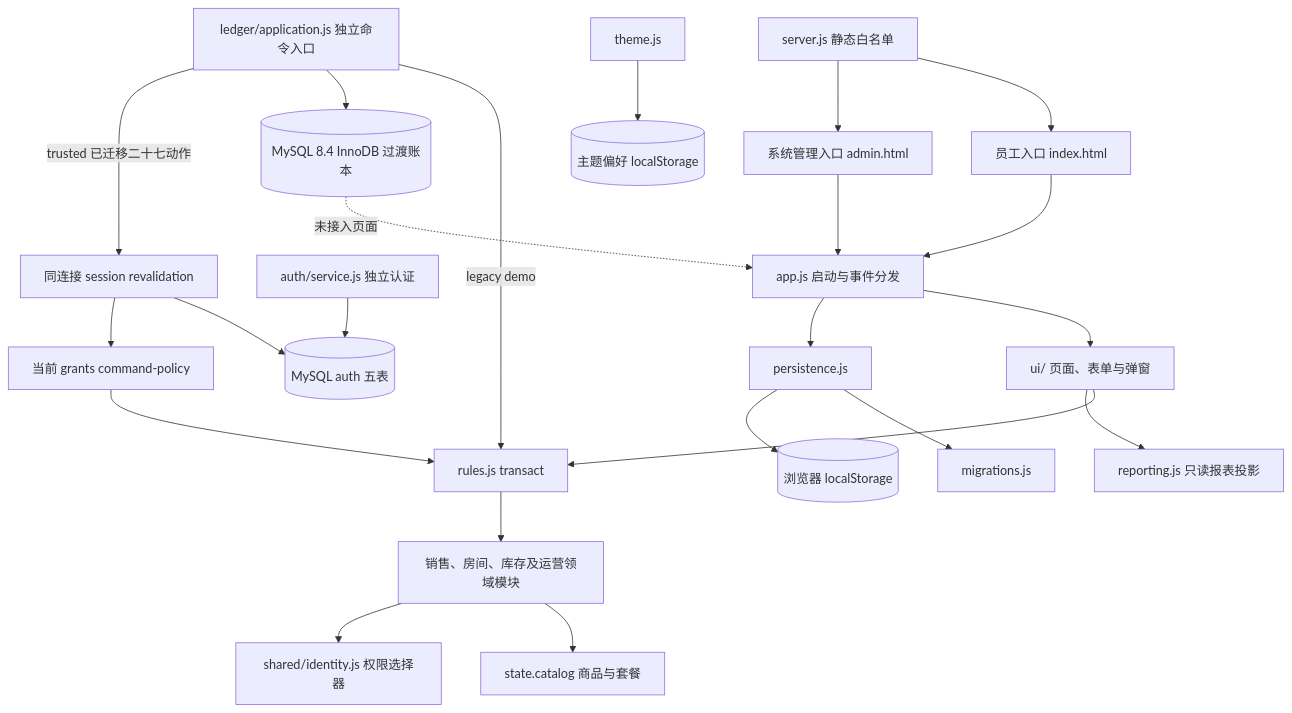
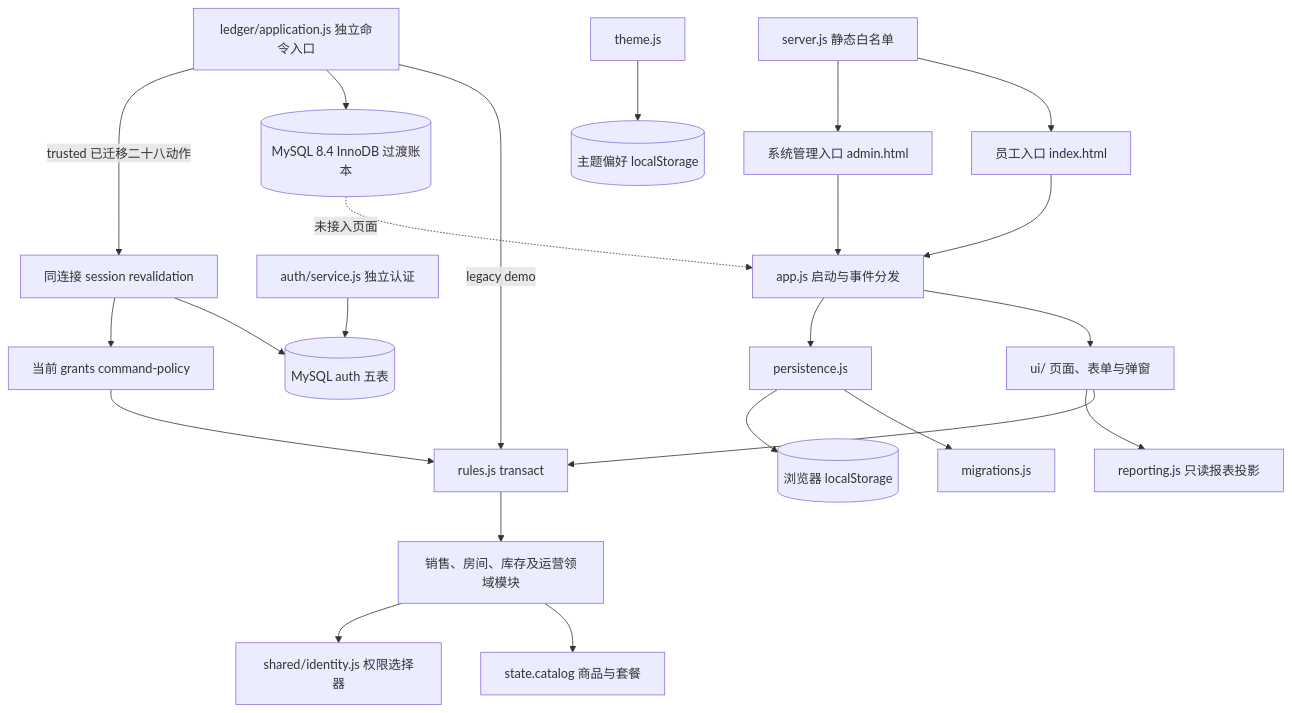
The diagram in docs/ARCHITECTURE.md (Richard-Zhuo/codex-KTV), drawn with Mermaid before and after one commit. The commit also changed other lines of this file and 18 other files, not shown here.

````diff
--- a/docs/ARCHITECTURE.md
+++ b/docs/ARCHITECTURE.md
@@ -7,25 +7,25 @@
 ```mermaid
 flowchart TD
   E[员工入口 index.html] --> APP[app.js 启动与事件分发]
   A[系统管理入口 admin.html] --> APP
   APP --> UI[ui/ 页面、表单与弹窗]
   APP --> P[persistence.js]
   P --> M[migrations.js]
   P --> LS[(浏览器 localStorage)]
   UI --> TX[rules.js transact]
   TX --> D[销售、房间、库存及运营领域模块]
   UI --> REP[reporting.js 只读报表投影]
   D --> C[state.catalog 商品与套餐]
   D --> ID[shared/identity.js 权限选择器]
   T[theme.js] --> PREF[(主题偏好 localStorage)]
   S[server.js 静态白名单] --> E
   S --> A
   L[ledger/application.js 独立命令入口] -->|legacy demo| TX
   L --> DB[(MySQL 8.4 InnoDB 过渡账本)]
   AUTH[auth/service.js 独立认证] --> AUTHDB[(MySQL auth 五表)]
-  L -->|trusted 已迁移二十七动作| RV[同连接 session revalidation]
+  L -->|trusted 已迁移二十八动作| RV[同连接 session revalidation]
   RV --> AUTHDB
   RV --> CP[当前 grants command-policy]
   CP --> TX
   DB -. 未接入页面 .-> APP
 ```
````
